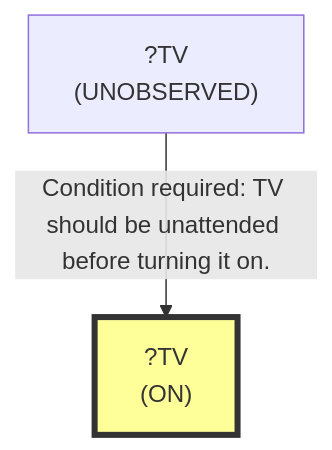
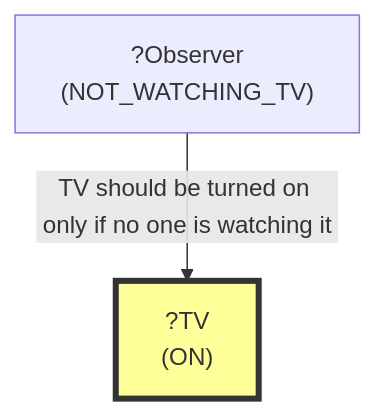
The third of 17 diagrams in evaluation/results/table2/robostate/scale/S7/E_MULTI_G02_S7/run_E_MULTI_G02_S7.md (scuama/virtualhome), drawn with Mermaid before and after one commit. The commit also changed other lines of this file and 108 other files, not shown here.

````diff
--- a/evaluation/results/table2/robostate/scale/S7/E_MULTI_G02_S7/run_E_MULTI_G02_S7.md
+++ b/evaluation/results/table2/robostate/scale/S7/E_MULTI_G02_S7/run_E_MULTI_G02_S7.md
@@ -232,7 +235,7 @@
 ```mermaid
 graph TD
     N1["?TV<br>(ON)"]
     style N1 fill:#ff9,stroke:#333,stroke-width:4px
-    N2["?TV<br>(UNOBSERVED)"]
-    N2 -->|"Condition required: TV should be unattended before turning it on."| N1
+    N2["?Observer<br>(NOT_WATCHING_TV)"]
+    N2 -->|"TV should be turned on only if no one is watching it"| N1
 ```
````
